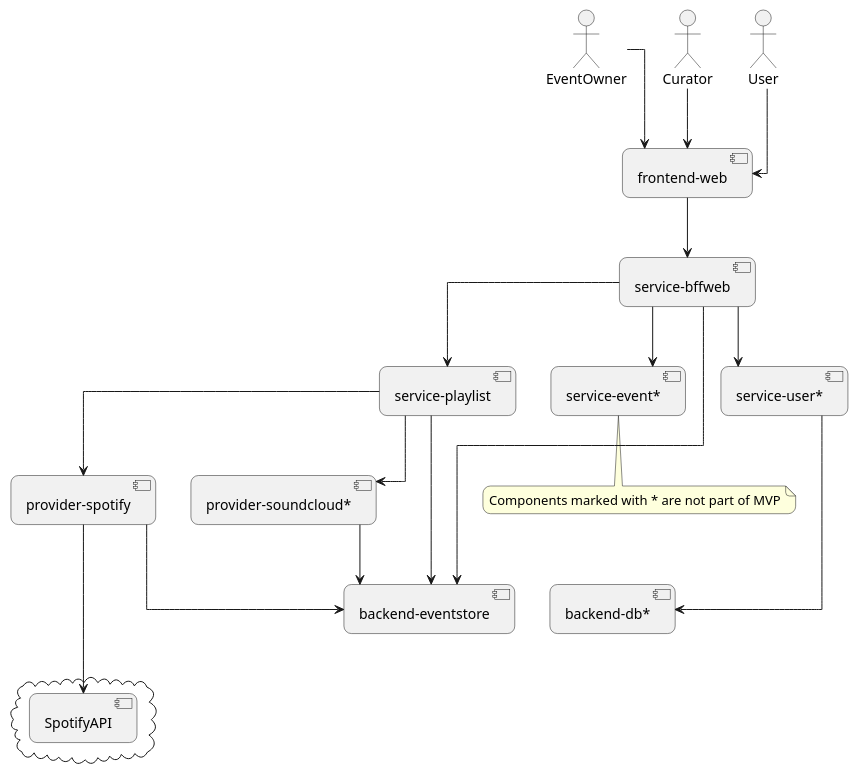
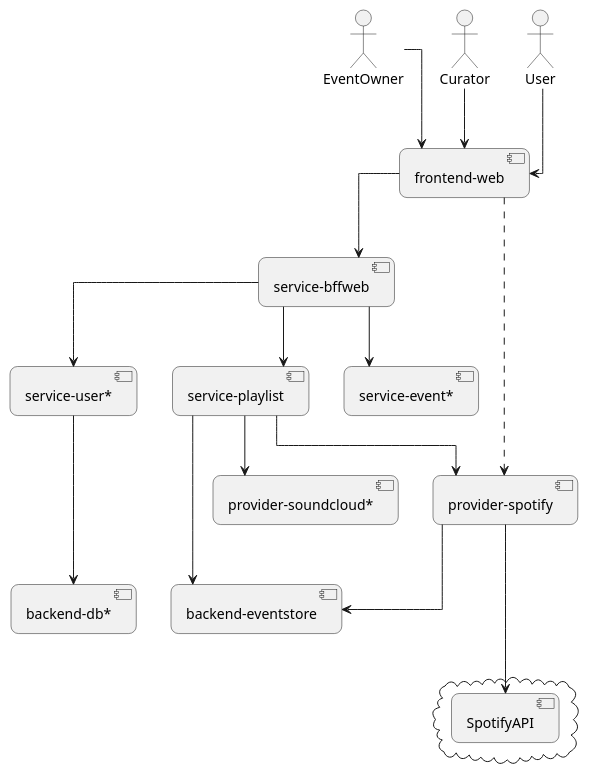
Before and after one commit to sa-mw-dach/opendj: the diagram in docs/20architecture/architectureOverview.puml, drawn with PlantUML. The commit also changed 1 other file, not shown here.

Commit message:
High Level Architecture and Design #30

```diff
--- a/docs/20architecture/architectureOverview.puml
+++ b/docs/20architecture/architectureOverview.puml
@@ -1,60 +1,61 @@
 @startuml component
 skinparam linetype ortho 
 ' skinparam linetype polyline 
 skinparam roundcorner 15
 
 together {
       actor User as user
       actor Curator as curator
       actor EventOwner as eventowner
 }
 
 component [frontend-web] as frontendweb 
 
 component [service-bffweb] as servicebffweb 
 
 together {
       component [service-playlist] as serviceplaylist 
       component [service-user*] as serviceuser
       component [service-event*] as serviceevent
 }
 
 together {
       component [provider-spotify] as backendspotify  
       component [provider-soundcloud*] as backendsoundcloud  
 }
 together {
       component [backend-eventstore] as backendeventstore
       component [backend-db*] as backenddb
 }
 
 cloud  {
   component SpotifyAPI  as spotifyapi
 }
 
 
 user -down-> frontendweb
 curator -down-> frontendweb
 eventowner -down-> frontendweb
 
 frontendweb -down-> servicebffweb
+frontendweb .down.> backendspotify
 
 servicebffweb -down-> serviceuser
 servicebffweb -down-> serviceevent
 servicebffweb -down-> serviceplaylist
-servicebffweb -down-> backendeventstore
+'servicebffweb -down-> backendeventstore
 
 
 serviceplaylist -down-> backendspotify
 serviceplaylist -down-> backendsoundcloud
 serviceplaylist -down-> backendeventstore
 serviceuser -down-> backenddb
 
 backendspotify -down-> backendeventstore
-backendsoundcloud -down-> backendeventstore
+'backendsoundcloud -down-> backendeventstore
 
 backendspotify -down--> spotifyapi 
 
-note bottom of serviceevent: Components marked with * are not part of MVP
+'  note bottom of serviceevent: Components marked with * are not part of MVP
 
 @enduml
```
